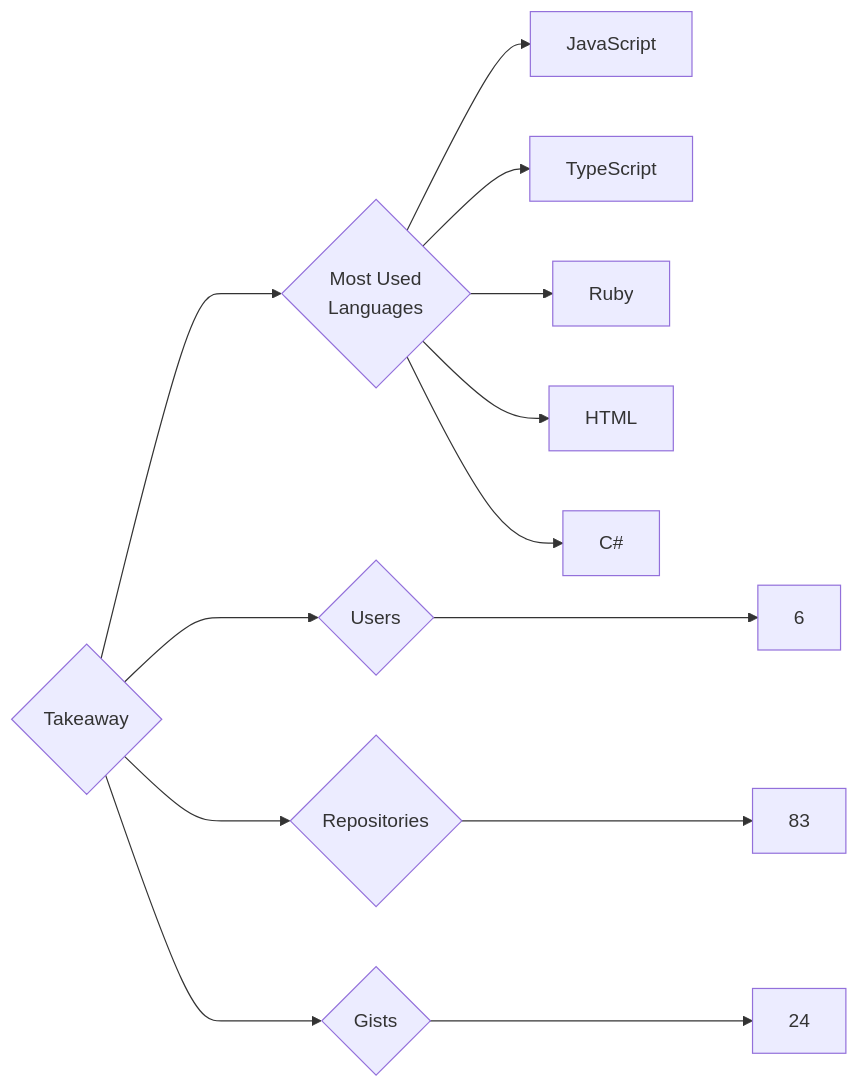
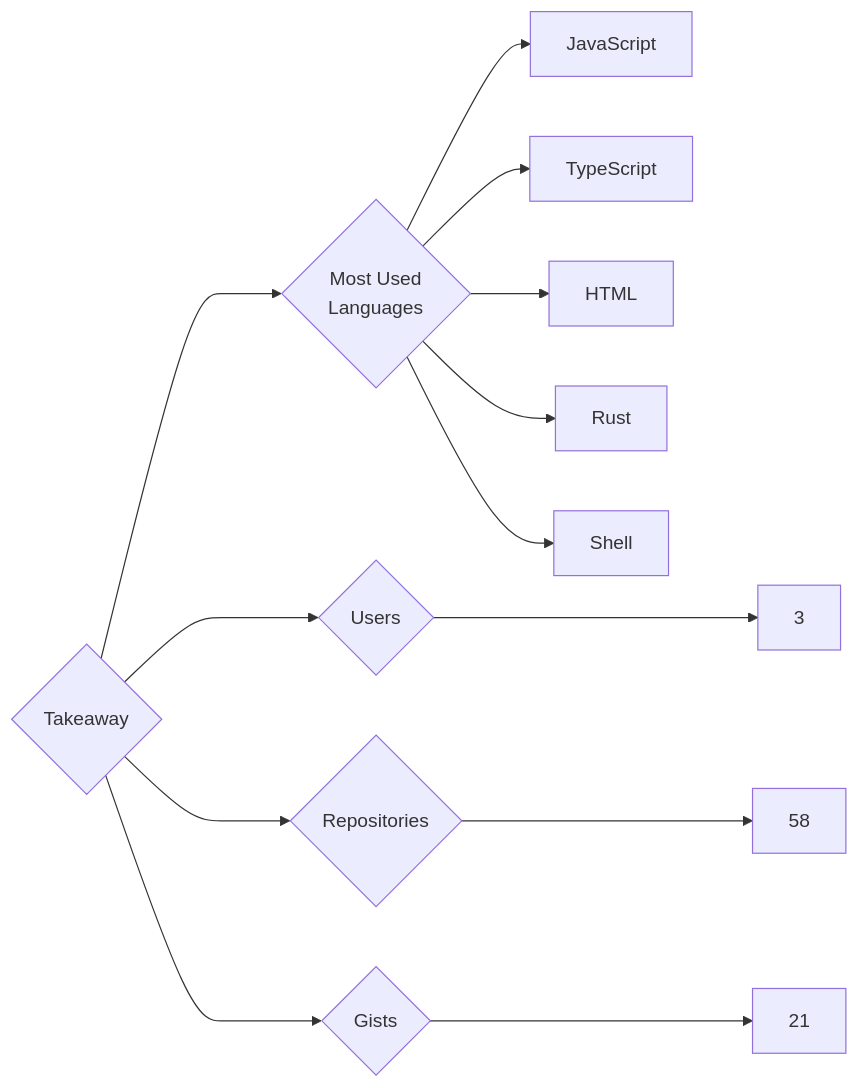
Before and after one commit to trickest/insiders: the diagram in targets/Takeaway/README.md, drawn with Mermaid. The commit also changed 815 other files, not shown here.

````diff
--- a/targets/Takeaway/README.md
+++ b/targets/Takeaway/README.md
@@ -3,13 +3,13 @@
 ```mermaid
 graph LR
 COMPANY_NAME{Takeaway}
-COMPANY_NAME ---> U{Users} ---> UN[6]
-COMPANY_NAME ---> R{Repositories} ---> RN[83]
-COMPANY_NAME ---> G{Gists} ---> GN[24]
+COMPANY_NAME ---> U{Users} ---> UN[3]
+COMPANY_NAME ---> R{Repositories} ---> RN[58]
+COMPANY_NAME ---> G{Gists} ---> GN[21]
 COMPANY_NAME ---> ML{Most Used<br>Languages}
 ML --> JavaScript[JavaScript]
 ML --> TypeScript[TypeScript]
-ML --> Ruby[Ruby]
 ML --> HTML[HTML]
-ML --> C#[C#]
+ML --> Rust[Rust]
+ML --> Shell[Shell]
 ```
````
